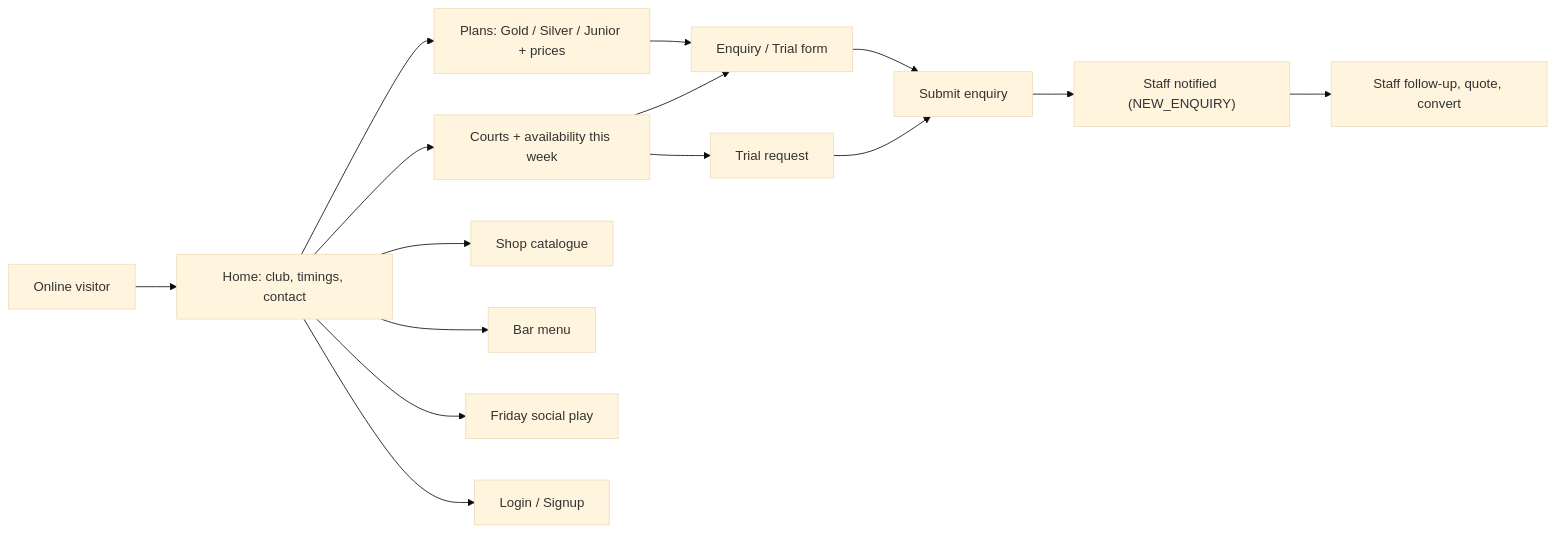
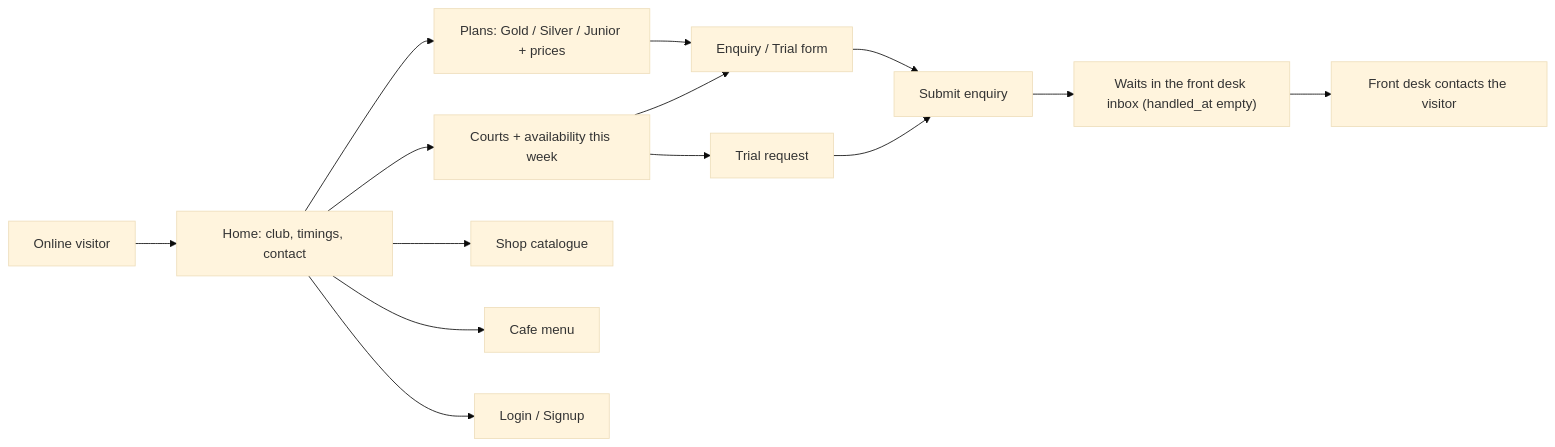
The first of 18 diagrams in docs/workflows/USER_FLOWS.md (OjasPurohit/Meridian-Bay), drawn with Mermaid (base theme) before and after one commit. The commit also changed other lines of this file and 276 other files, not shown here.

````diff
--- a/docs/workflows/USER_FLOWS.md
+++ b/docs/workflows/USER_FLOWS.md
@@ -34,17 +31,16 @@
 ```mermaid
 flowchart LR
   V["Online visitor"] --> H["Home: club, timings, contact"]
   H --> P["Plans: Gold / Silver / Junior + prices"]
   H --> C["Courts + availability this week"]
   H --> S["Shop catalogue"]
-  H --> B["Bar menu"]
-  H --> F["Friday social play"]
+  H --> B["Cafe menu"]
   P --> E["Enquiry / Trial form"]
   C --> E
   C --> T["Trial request"]
   E --> SUB["Submit enquiry"]
   T --> SUB
-  SUB --> N["Staff notified (NEW_ENQUIRY)"]
-  N --> FU["Staff follow-up, quote, convert"]
+  SUB --> N["Waits in the front desk inbox (handled_at empty)"]
+  N --> FU["Front desk contacts the visitor"]
   H --> L["Login / Signup"]
 ```
````
